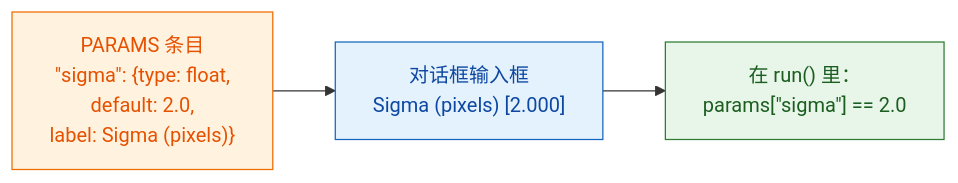
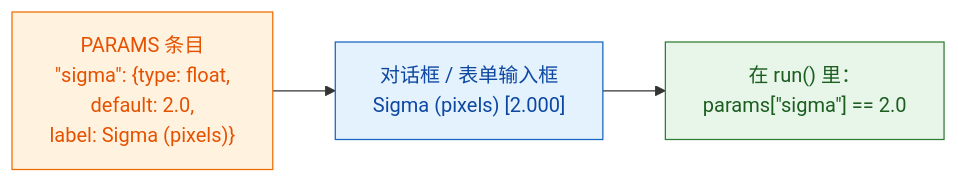
The diagram in guide/write/params.zh-Hans.md (Oxford-Zeiss-Centre-of-Excellence/Wavu), drawn with Mermaid before and after one commit. The commit also changed other lines of this file and 70 other files, not shown here.

````diff
--- a/guide/write/params.zh-Hans.md
+++ b/guide/write/params.zh-Hans.md
@@ -10,11 +11,11 @@
 ```mermaid
 flowchart LR
     P["PARAMS 条目<br/>&quot;sigma&quot;: {type: float,<br/>default: 2.0,<br/>label: Sigma (pixels)}"]:::script
-    D["对话框输入框<br/>Sigma (pixels) [2.000]"]:::fiji
+    D["对话框 / 表单输入框<br/>Sigma (pixels) [2.000]"]:::fiji
     R["在 run() 里：<br/>params[&quot;sigma&quot;] == 2.0"]:::worker
     P --> D --> R
 
     classDef fiji   fill:#e3f2fd,stroke:#1565c0,color:#0d47a1
     classDef worker fill:#e8f5e9,stroke:#2e7d32,color:#1b5e20
     classDef script fill:#fff3e0,stroke:#ef6c00,color:#e65100
 ```
````
